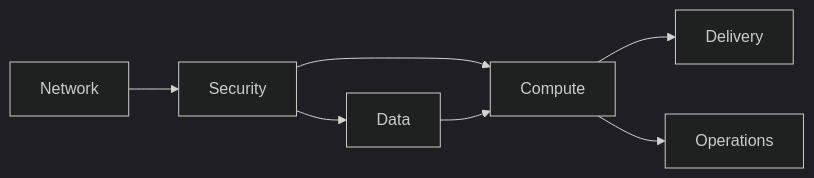
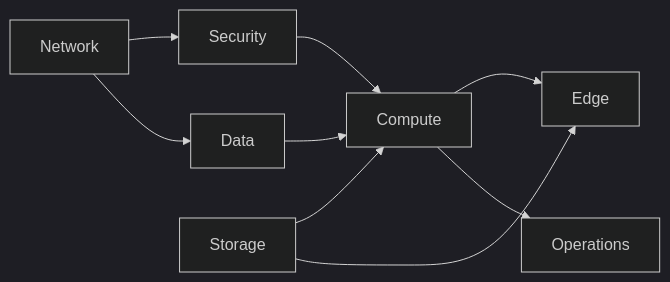
One commit to Chich4rrit0/aws-cloud-portfolio changed the diagram in projects/03-infrastructure-as-code/docs/architecture/project-01-reconstruction-scope.md. Above: the diagram before and after it, drawn with Mermaid (dark theme). The commit also changed other lines of this file and 7 other files, not shown here.

Commit message:
feat: add IaC storage and compute foundations

````diff
--- a/projects/03-infrastructure-as-code/docs/architecture/project-01-reconstruction-scope.md
+++ b/projects/03-infrastructure-as-code/docs/architecture/project-01-reconstruction-scope.md
@@ -20,9 +21,11 @@
 ```mermaid
 flowchart LR
     Network --> Security
-    Security --> Data
+    Network --> Data
+    Storage --> Compute
     Security --> Compute
     Data --> Compute
-    Compute --> Delivery
+    Compute --> Edge
+    Storage --> Edge
     Compute --> Operations
 ```
````
